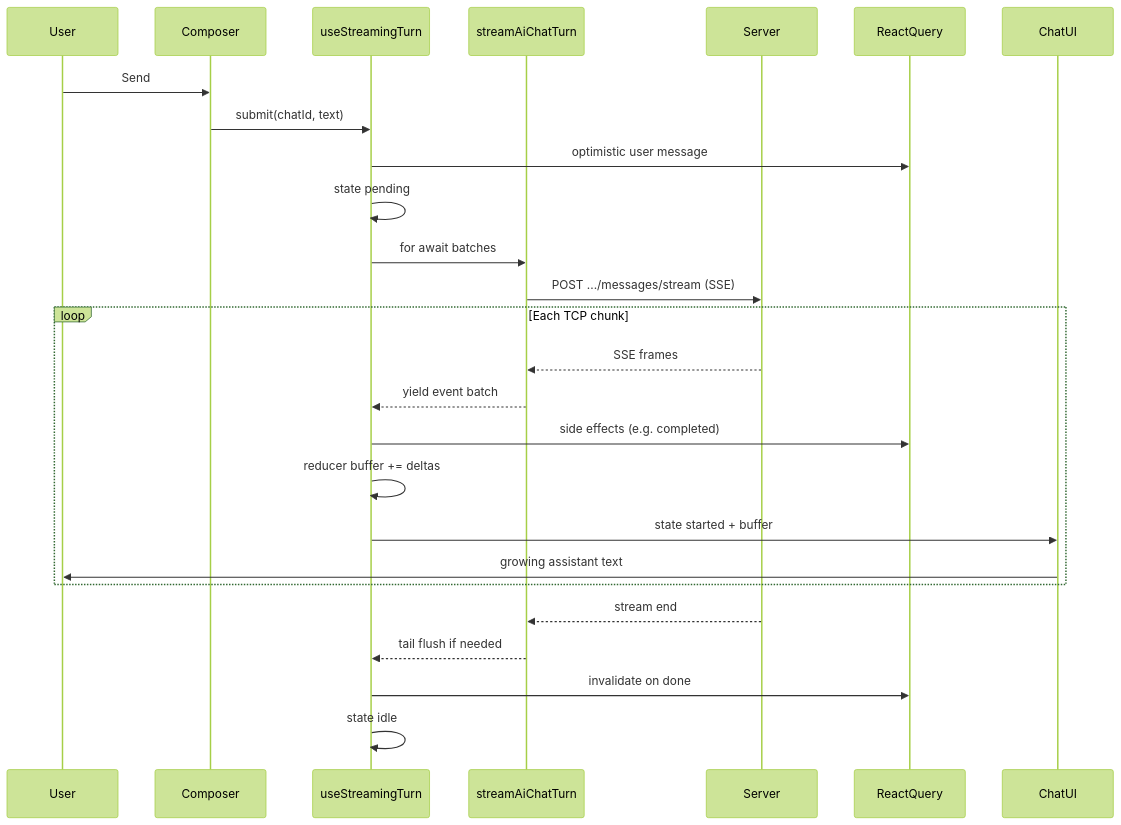
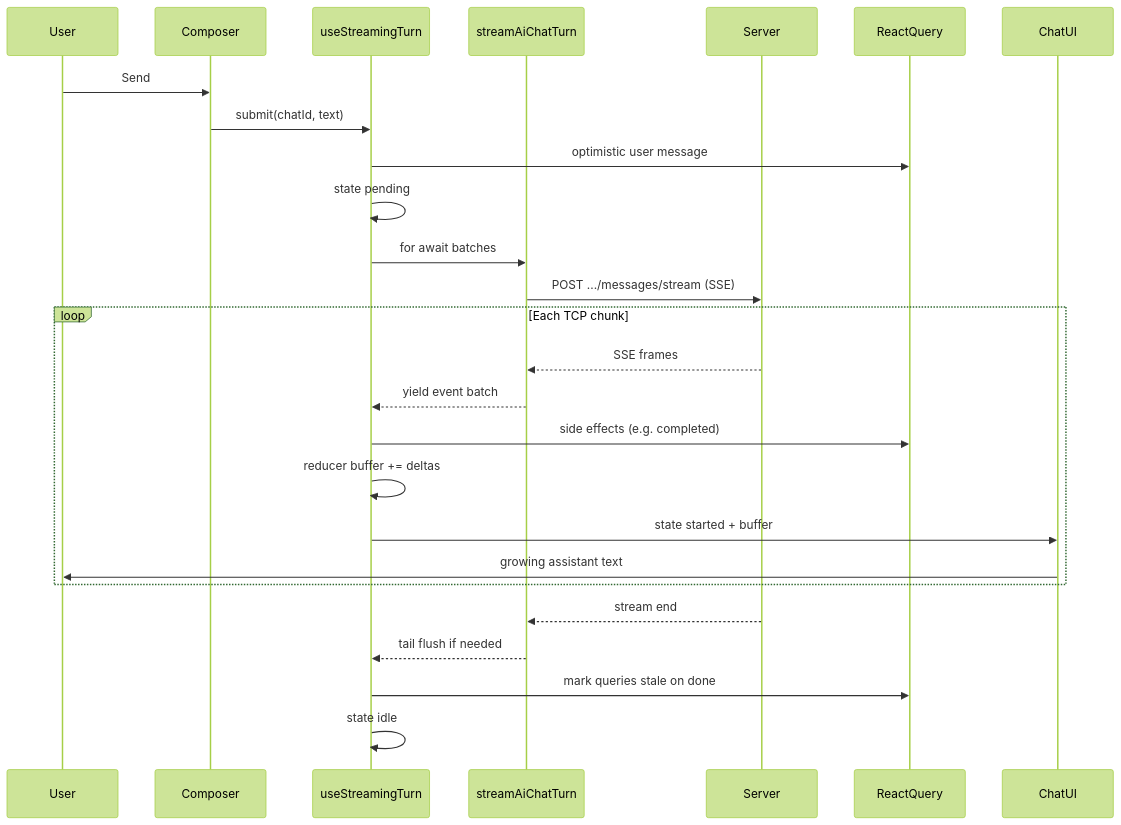
The first of 2 diagrams in packages/portal/src/components/AiAssistantPanel/streaming/README.md (Netcracker/qubership-apihub-ui), drawn with Mermaid (forest theme) before and after one commit. The commit also changed other lines of this file and 6 other files, not shown here.

````diff
--- a/packages/portal/src/components/AiAssistantPanel/streaming/README.md
+++ b/packages/portal/src/components/AiAssistantPanel/streaming/README.md
@@ -29,29 +29,29 @@
 ```mermaid
 sequenceDiagram
   participant User
   participant Composer
   participant useStreamingTurn
   participant streamAiChatTurn
   participant Server
   participant ReactQuery
   participant ChatUI
 
   User->>Composer: Send
   Composer->>useStreamingTurn: submit(chatId, text)
   useStreamingTurn->>ReactQuery: optimistic user message
   useStreamingTurn->>useStreamingTurn: state pending
   useStreamingTurn->>streamAiChatTurn: for await batches
   streamAiChatTurn->>Server: POST .../messages/stream (SSE)
   loop Each TCP chunk
     Server-->>streamAiChatTurn: SSE frames
     streamAiChatTurn-->>useStreamingTurn: yield event batch
     useStreamingTurn->>ReactQuery: side effects (e.g. completed)
     useStreamingTurn->>useStreamingTurn: reducer buffer += deltas
     useStreamingTurn->>ChatUI: state started + buffer
     ChatUI->>User: growing assistant text
   end
   Server-->>streamAiChatTurn: stream end
   streamAiChatTurn-->>useStreamingTurn: tail flush if needed
-  useStreamingTurn->>ReactQuery: invalidate on done
+  useStreamingTurn->>ReactQuery: mark queries stale on done
   useStreamingTurn->>useStreamingTurn: state idle
 ```
````
